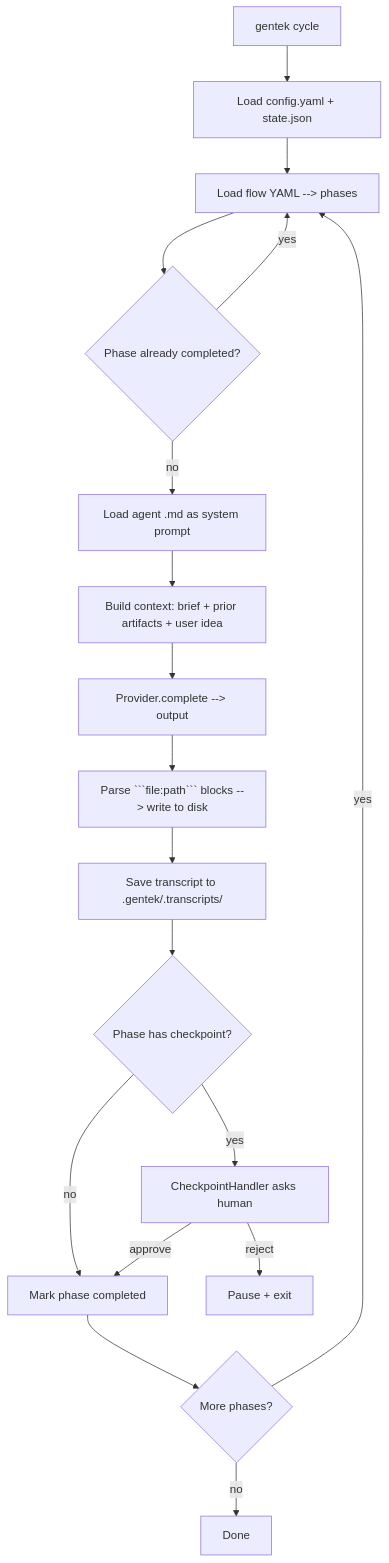
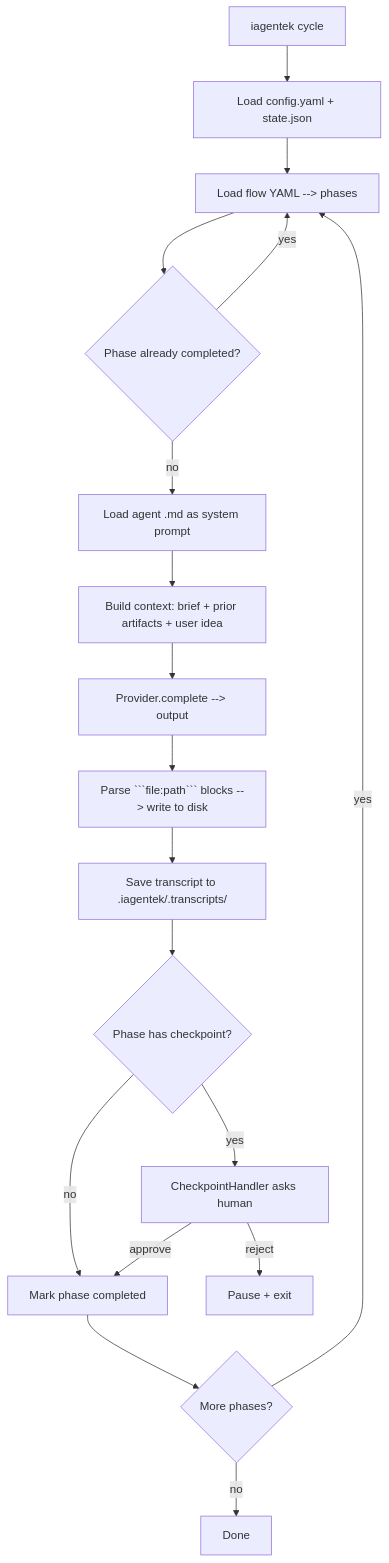
Before and after one commit to azulls1/gentek-framework: the diagram in ARCHITECTURE.md, drawn with Mermaid. The commit also changed other lines of this file and 71 other files, not shown here.

First line of the commit message:
Rename project: gentek → iagentek (full brand rebranding)

````diff
--- a/ARCHITECTURE.md
+++ b/ARCHITECTURE.md
@@ -77,20 +77,20 @@
 ```mermaid
 flowchart TD
-    A[gentek cycle] --> B[Load config.yaml + state.json]
+    A[iagentek cycle] --> B[Load config.yaml + state.json]
     B --> C[Load flow YAML --> phases]
     C --> D{Phase already completed?}
     D -->|yes| C
     D -->|no| E[Load agent .md as system prompt]
     E --> F[Build context: brief + prior artifacts + user idea]
     F --> G[Provider.complete --> output]
     G --> H[Parse ```file:path``` blocks --> write to disk]
-    H --> I[Save transcript to .gentek/.transcripts/]
+    H --> I[Save transcript to .iagentek/.transcripts/]
     I --> J{Phase has checkpoint?}
     J -->|no| K[Mark phase completed]
     J -->|yes| L[CheckpointHandler asks human]
     L -->|approve| K
     L -->|reject| M[Pause + exit]
     K --> N{More phases?}
     N -->|yes| C
     N -->|no| O[Done]
 ```
````
